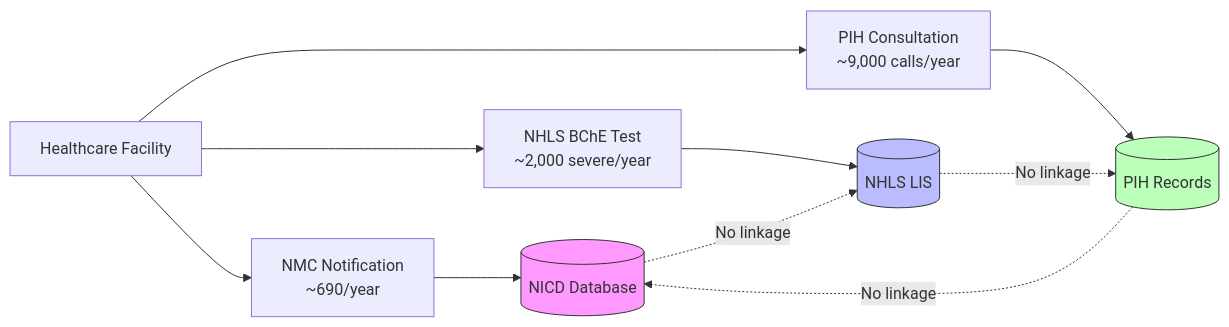
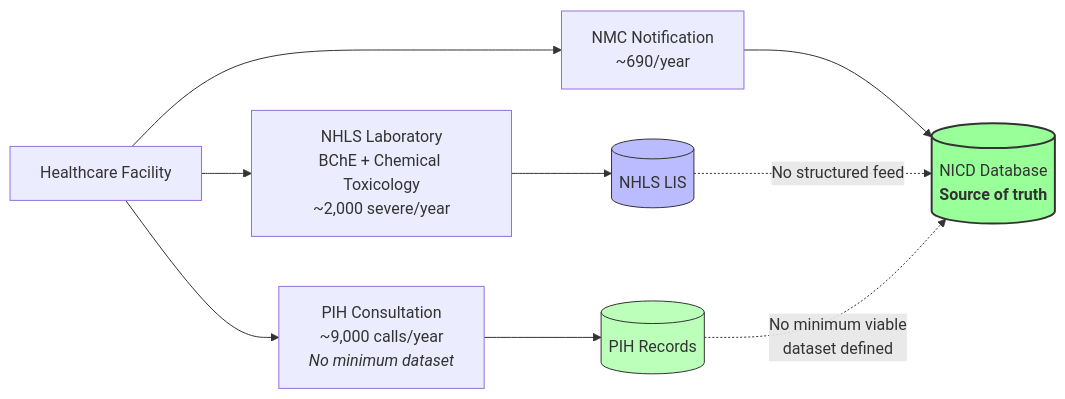
One commit to bridaybrummer/D2P_project changed the first of 2 diagrams in posts/surveillance_concept_note.qmd. Above: the diagram before and after it, drawn with Mermaid. The commit also changed other lines of this file and 10 other files, not shown here.

Commit message:
Update current-state diagram: NICD source of truth, lab dual streams, PIH min dataset

````diff
--- a/posts/surveillance_concept_note.qmd
+++ b/posts/surveillance_concept_note.qmd
@@ -49,20 +49,19 @@
 ```{mermaid}
 %%| label: fig-current-system
-%%| fig-cap: "Current (fragmented) surveillance architecture"
+%%| fig-cap: "Current (fragmented) surveillance architecture. NICD is the de facto source-of-truth for case notifications, but the laboratory (BChE + chemical toxicology) and PIH streams do not flow into it in a structured way."
 flowchart LR
-    A[Healthcare Facility] --> B[NMC Notification\n~690/year]
-    A --> C[NHLS BChE Test\n~2,000 severe/year]
-    A --> D[PIH Consultation\n~9,000 calls/year]
-    
-    B --> E[(NICD Database)]
+    A[Healthcare Facility] --> B[NMC Notification<br/>~690/year]
+    A --> C[NHLS Laboratory<br/>BChE + Chemical Toxicology<br/>~2,000 severe/year]
+    A --> D[PIH Consultation<br/>~9,000 calls/year<br/><i>No minimum dataset</i>]
+
+    B --> E[("NICD Database<br/><b>Source of truth</b>")]
     C --> F[(NHLS LIS)]
     D --> G[(PIH Records)]
-    
-    E -.No linkage.-> F
-    F -.No linkage.-> G
-    G -.No linkage.-> E
-    
-    style E fill:#f9f,stroke:#333
+
+    F -.No structured feed.-> E
+    G -.No minimum viable<br/>dataset defined.-> E
+
+    style E fill:#9f9,stroke:#333,stroke-width:2px
     style F fill:#bbf,stroke:#333
     style G fill:#bfb,stroke:#333
 ```
````
